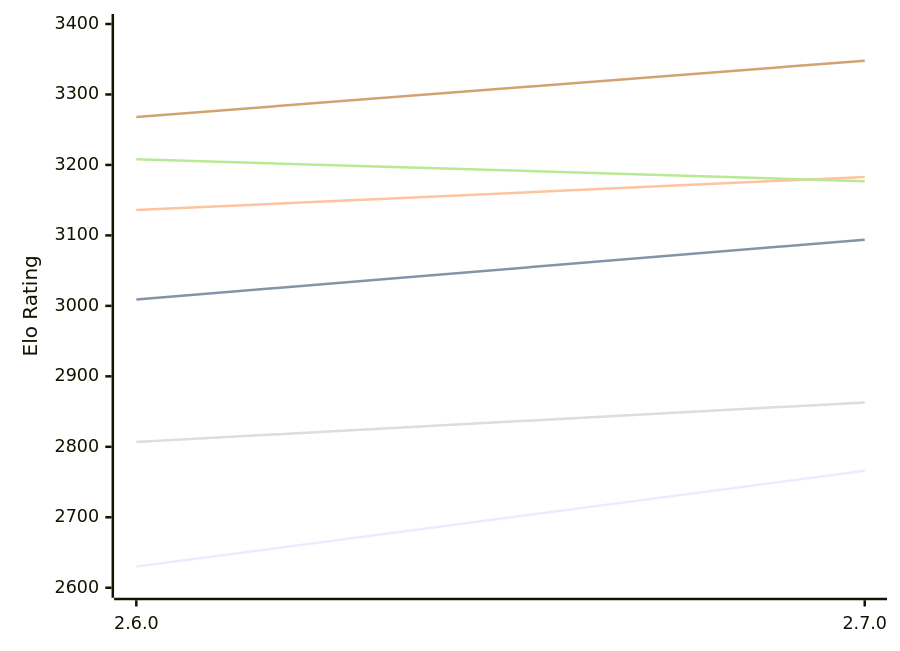
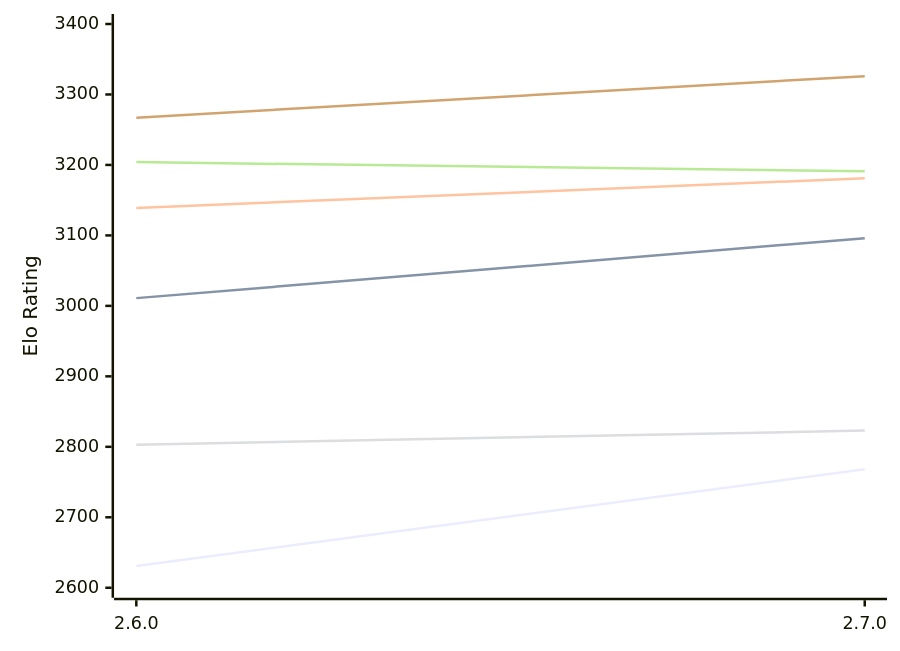
The first of 2 diagrams in engines/Sturddle2.md (computer-chess-index/cci), drawn with Mermaid before and after one commit. The commit also changed other lines of this file, not shown here.

Commit message:
Update CCI Ratings (ELO VLTC) - 2026-10-15

````diff
--- a/engines/Sturddle2.md
+++ b/engines/Sturddle2.md
@@ -51,12 +51,12 @@
 ```mermaid
 %%{init: {"theme":"base","themeVariables":{"seriesColors:['#a3a3a3','#222221','#faa371']}}}%%
 xychart-beta
   x-axis ["2.6.0", "2.7.0"]
   y-axis "Elo Rating" 2600 --> 3400
-  line "E1: STC (8.0+0.08s)" [2630, 2766]
-  line "E1: LTC (60.0+0.60s)" [3009, 3094]
-  line "E1: VLTC (2m24s+1.12s)" [3136, 3183]
-  line "P1: STC (8.0+0.08s)" [2807, 2863]
-  line "P1: LTC (60.0+0.60s)" [3208, 3177]
-  line "P1: VLTC (2m24s+1.12s)" [3268, 3348]
+  line "E1: STC (8.0+0.08s)" [2631, 2768]
+  line "E1: LTC (60.0+0.60s)" [3011, 3096]
+  line "E1: VLTC (2m24s+1.12s)" [3139, 3181]
+  line "P1: STC (8.0+0.08s)" [2803, 2823]
+  line "P1: LTC (60.0+0.60s)" [3204, 3191]
+  line "P1: VLTC (2m24s+1.12s)" [3267, 3326]
 ```
````
